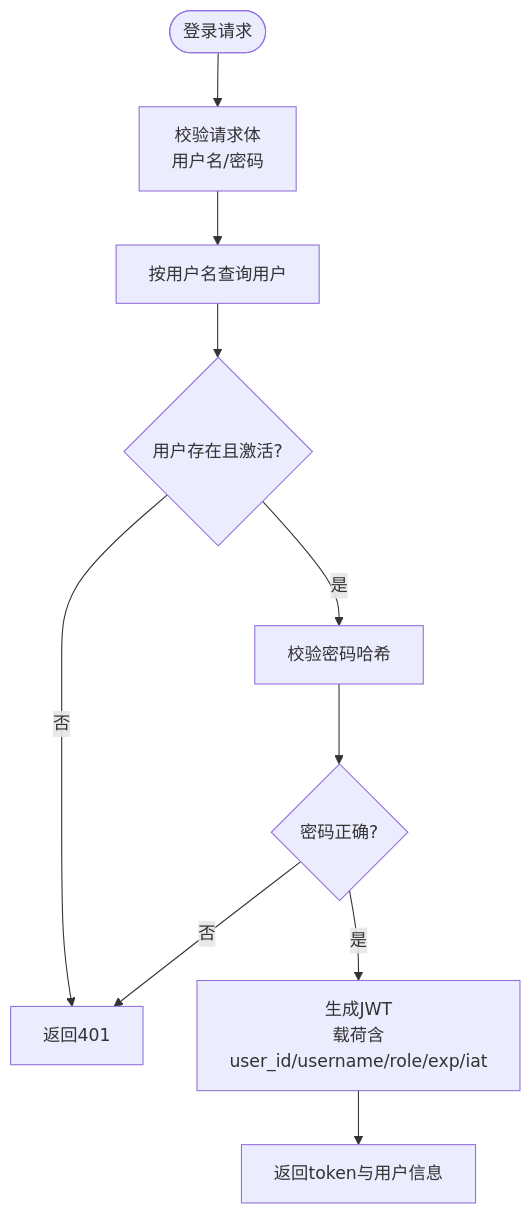
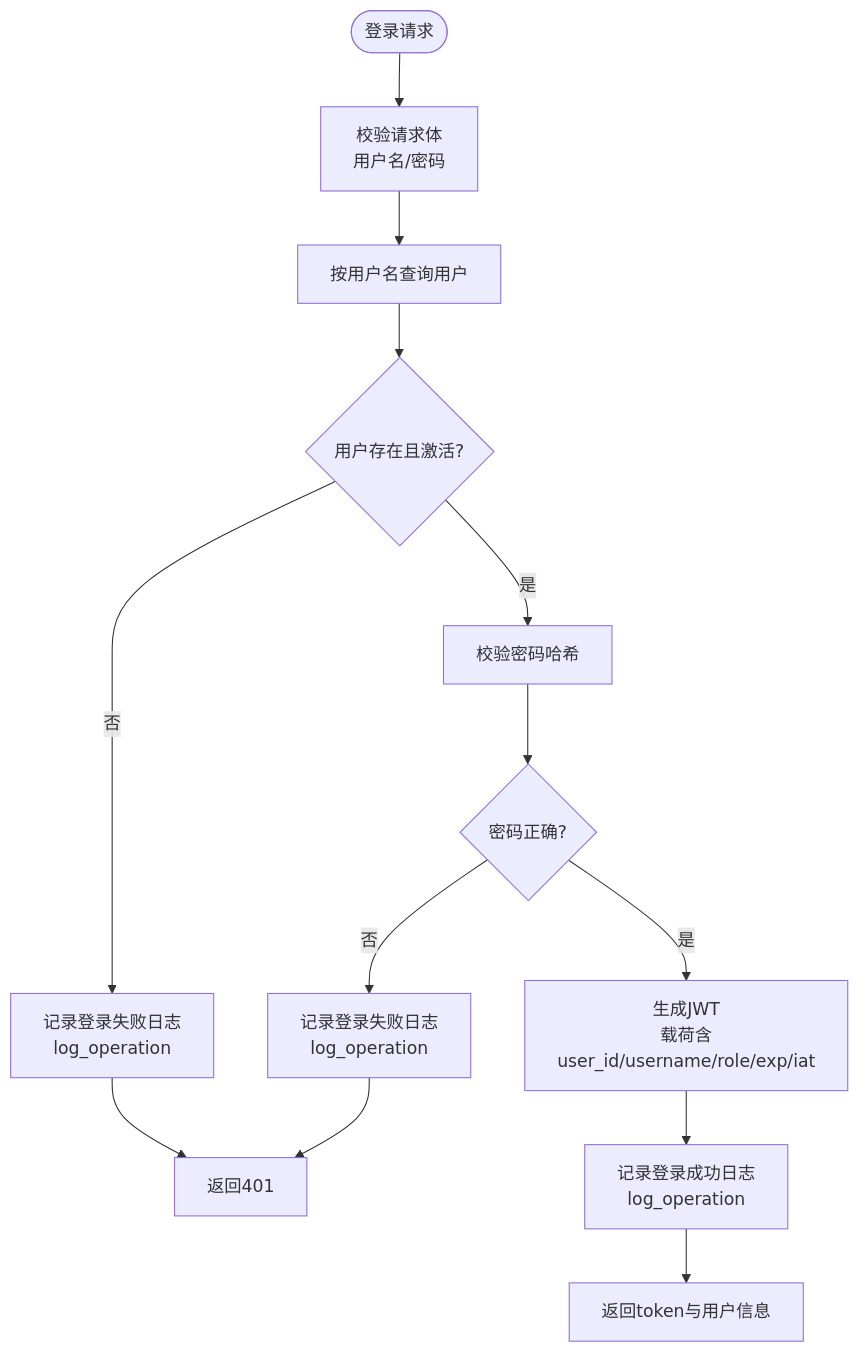
Before and after one commit to ismine3/OPS: the third of 7 diagrams in .qoder/repowiki/zh/content/安全与权限控制.md, drawn with Mermaid. The commit also changed other lines of this file and 39 other files, not shown here.

````diff
--- a/.qoder/repowiki/zh/content/安全与权限控制.md
+++ b/.qoder/repowiki/zh/content/安全与权限控制.md
@@ -176,12 +207,15 @@
 ```mermaid
 flowchart TD
 Start(["登录请求"]) --> ValidateReq["校验请求体<br/>用户名/密码"]
 ValidateReq --> GetUser["按用户名查询用户"]
 GetUser --> Exists{"用户存在且激活?"}
-Exists --> |否| Fail["返回401"]
+Exists --> |否| LogFailed["记录登录失败日志<br/>log_operation"]
+LogFailed --> Fail["返回401"]
 Exists --> |是| CheckPwd["校验密码哈希"]
 CheckPwd --> PwdOK{"密码正确?"}
-PwdOK --> |否| Fail
+PwdOK --> |否| LogFailed2["记录登录失败日志<br/>log_operation"]
+LogFailed2 --> Fail
 PwdOK --> |是| GenToken["生成JWT<br/>载荷含user_id/username/role/exp/iat"]
-GenToken --> ReturnOK["返回token与用户信息"]
+GenToken --> LogSuccess["记录登录成功日志<br/>log_operation"]
+LogSuccess --> ReturnOK["返回token与用户信息"]
 ```
````
